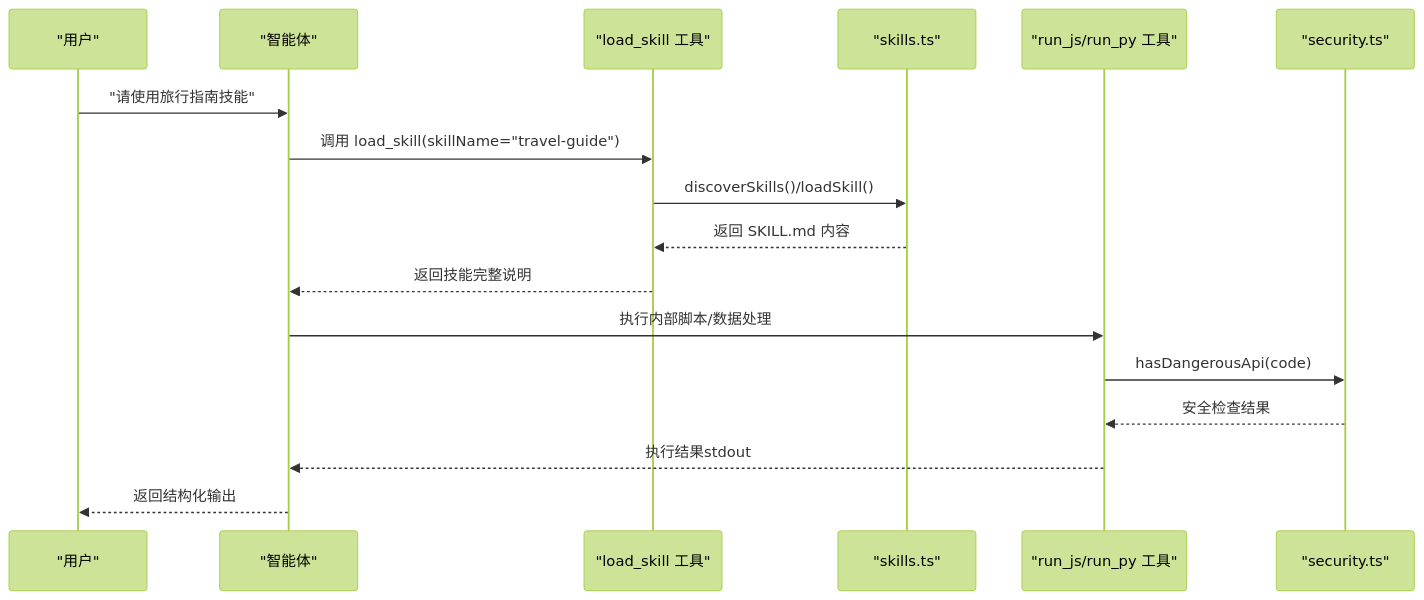
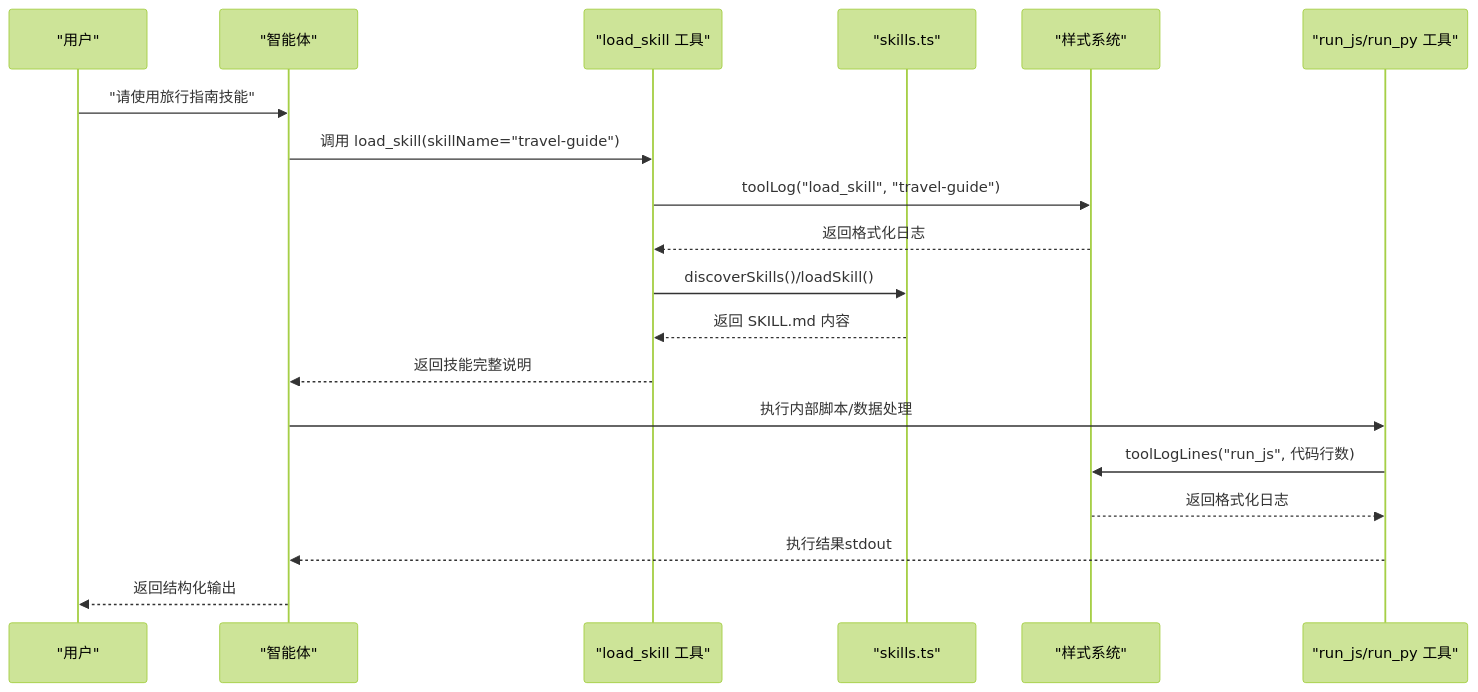
Before and after one commit to HAOFUYANG/onion-code: the second of 7 diagrams in .qoder/repowiki/zh/content/技能系统/技能系统.md, drawn with Mermaid (forest theme). The commit also changed other lines of this file and 5 other files, not shown here.

````diff
--- a/.qoder/repowiki/zh/content/技能系统/技能系统.md
+++ b/.qoder/repowiki/zh/content/技能系统/技能系统.md
@@ -120,19 +130,21 @@
 ```mermaid
 sequenceDiagram
 participant U as "用户"
 participant A as "智能体"
 participant LS as "load_skill 工具"
 participant ST as "skills.ts"
+participant Style as "样式系统"
 participant RS as "run_js/run_py 工具"
-participant SEC as "security.ts"
 U->>A : "请使用旅行指南技能"
 A->>LS : 调用 load_skill(skillName="travel-guide")
+LS->>Style : toolLog("load_skill", "travel-guide")
+Style-->>LS : 返回格式化日志
 LS->>ST : discoverSkills()/loadSkill()
 ST-->>LS : 返回 SKILL.md 内容
 LS-->>A : 返回技能完整说明
 A->>RS : 执行内部脚本/数据处理
-RS->>SEC : hasDangerousApi(code)
-SEC-->>RS : 安全检查结果
+RS->>Style : toolLogLines("run_js", 代码行数)
+Style-->>RS : 返回格式化日志
 RS-->>A : 执行结果stdout
 A-->>U : 返回结构化输出
 ```
````
